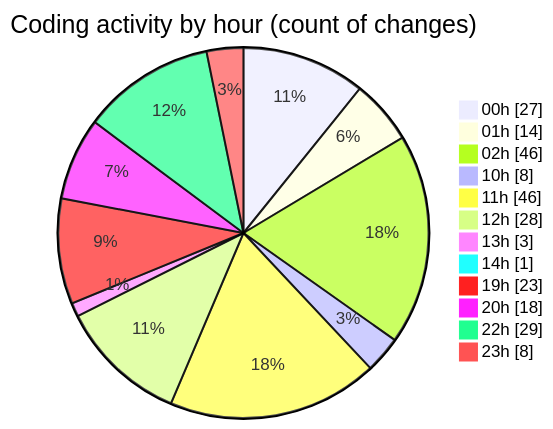
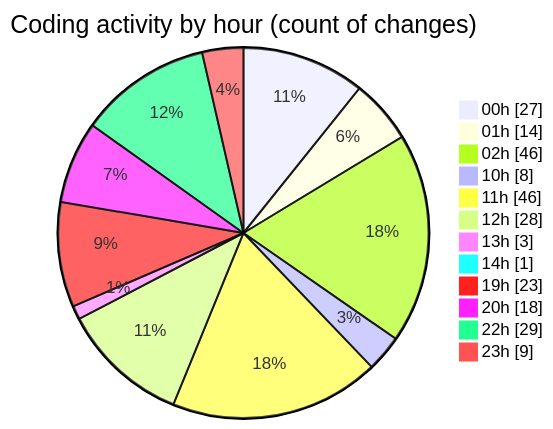
The second of 2 diagrams in 2025-07-17/nhahang/README.md (lephambinh05/code-tracking), drawn with Mermaid before and after one commit. The commit also changed other lines of this file and 1 other file, not shown here.

````diff
--- a/2025-07-17/nhahang/README.md
+++ b/2025-07-17/nhahang/README.md
@@ -104,16 +104,16 @@
 ```mermaid
 pie showData
 title Coding activity by hour (count of changes)
 "00h" : 27
 "01h" : 14
 "02h" : 46
 "10h" : 8
 "11h" : 46
 "12h" : 28
 "13h" : 3
 "14h" : 1
 "19h" : 23
 "20h" : 18
 "22h" : 29
-"23h" : 8
+"23h" : 9
 ```
````
